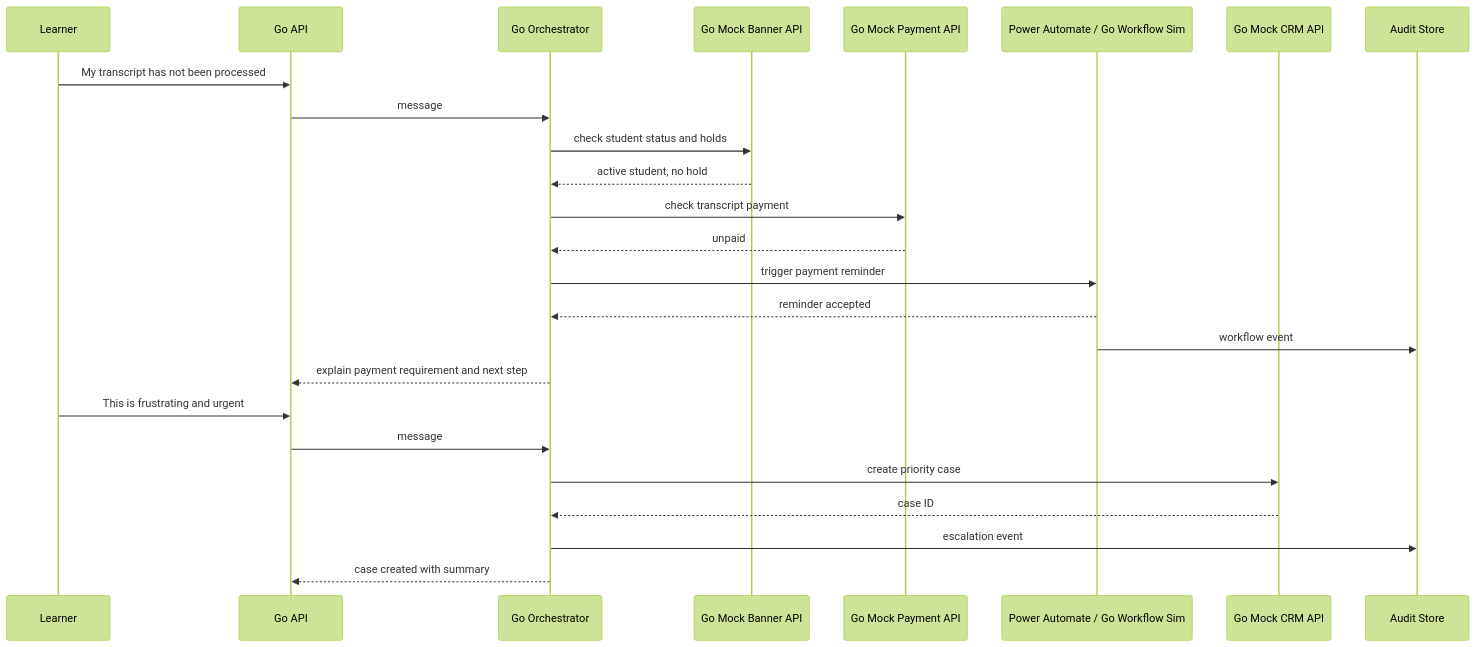
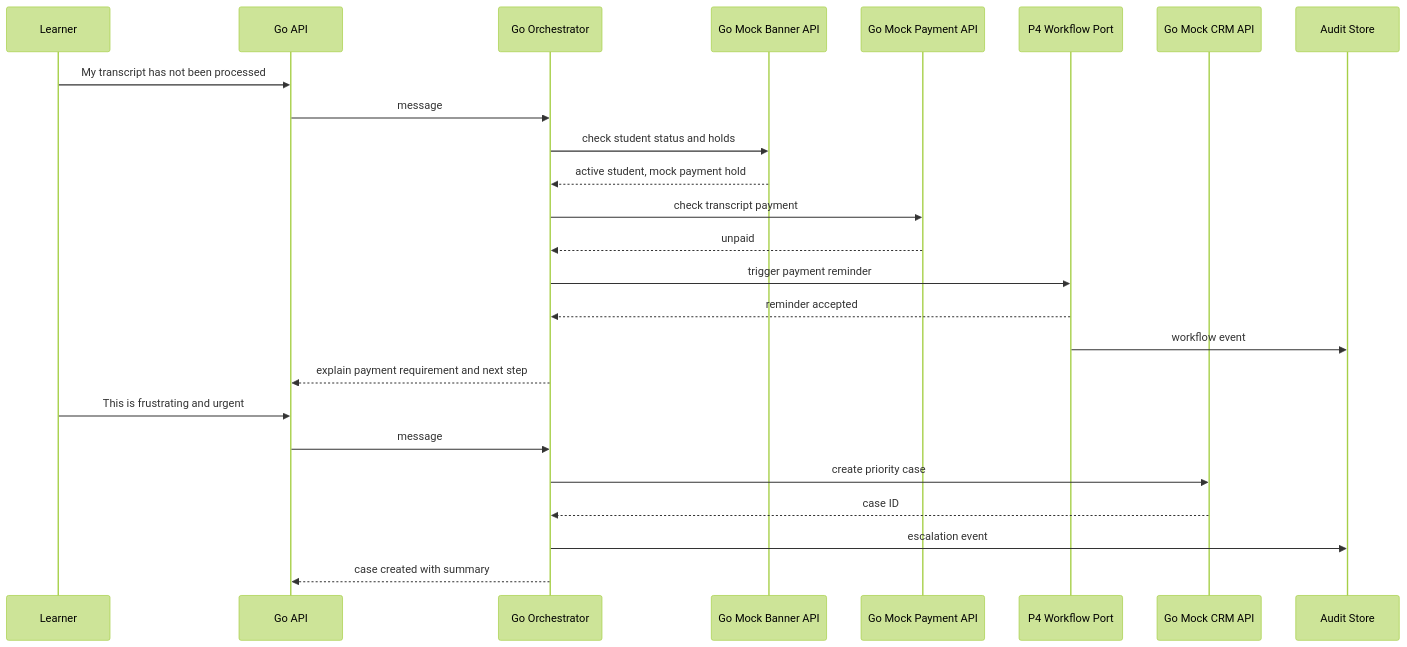
The third of 3 diagrams in docs/architecture.md (alvindcastro/askoc-mvp), drawn with Mermaid (forest theme) before and after one commit. The commit also changed other lines of this file and 23 other files, not shown here.

````diff
--- a/docs/architecture.md
+++ b/docs/architecture.md
@@ -279,29 +278,29 @@
 ```mermaid
 sequenceDiagram
     participant Learner
     participant API as Go API
     participant Orchestrator as Go Orchestrator
     participant Banner as Go Mock Banner API
     participant Payment as Go Mock Payment API
-    participant Workflow as Power Automate / Go Workflow Sim
+    participant Workflow as P4 Workflow Port
     participant CRM as Go Mock CRM API
     participant Audit as Audit Store
 
     Learner->>API: My transcript has not been processed
     API->>Orchestrator: message
     Orchestrator->>Banner: check student status and holds
-    Banner-->>Orchestrator: active student, no hold
+    Banner-->>Orchestrator: active student, mock payment hold
     Orchestrator->>Payment: check transcript payment
     Payment-->>Orchestrator: unpaid
     Orchestrator->>Workflow: trigger payment reminder
     Workflow-->>Orchestrator: reminder accepted
     Workflow->>Audit: workflow event
     Orchestrator-->>API: explain payment requirement and next step
 
     Learner->>API: This is frustrating and urgent
     API->>Orchestrator: message
     Orchestrator->>CRM: create priority case
     CRM-->>Orchestrator: case ID
     Orchestrator->>Audit: escalation event
     Orchestrator-->>API: case created with summary
 ```
````
